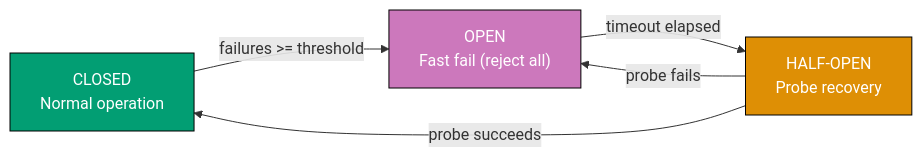
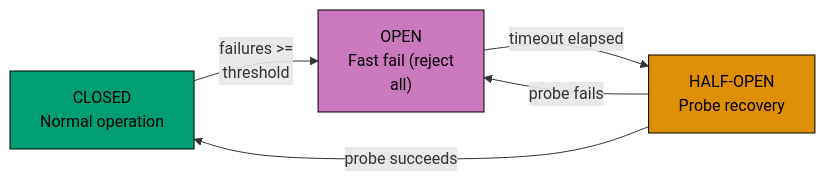
Before and after one commit to wahidyankf/ose-public: the fifth of 6 diagrams in apps/ayokoding-www/content/en/learn/legacy/software-engineering/system-design/by-example/intermediate.md, drawn with Mermaid. The commit also changed other lines of this file and 78 other files, not shown here.

First line of the commit message:
fix(mermaid): bring the remaining legacy software-engineering diagrams onto the accessible palette

````diff
--- a/apps/ayokoding-www/content/en/learn/legacy/software-engineering/system-design/by-example/intermediate.md
+++ b/apps/ayokoding-www/content/en/learn/legacy/software-engineering/system-design/by-example/intermediate.md
@@ -2281,15 +2293,18 @@
 ```mermaid
 graph LR
+    accTitle: Example 38: Circuit Breaker with Three States
+    accDescr: Graph with 3 nodes and 4 connections. Nodes: CLOSED Normal operation, OPEN Fast fail 40reject all41, HALF-OPEN Probe recovery. Connections: CLOSED Normal operation to OPEN Fast fail 40reject all41 (failures >= threshold), OPEN Fast fail 40reject all41 to HALF-OPEN Probe recovery (timeout elapsed), HALF-OPEN Probe recovery to CLOSED Normal operation (probe succeeds), HALF-OPEN Probe recovery to OPEN Fast fail 40reject all41 (probe fails).
     Closed["CLOSED<br/>Normal operation"]:::teal
-    Open["OPEN<br/>Fast fail #40;reject all#41;"]:::purple
+    Open["OPEN<br/>Fast fail #40;reject<br/>all#41;"]:::purple
     HalfOpen["HALF-OPEN<br/>Probe recovery"]:::orange
 
-    Closed -->|"failures >= threshold"| Open
+    Closed -->|"failures >=<br/>threshold"| Open
     Open -->|"timeout elapsed"| HalfOpen
     HalfOpen -->|"probe succeeds"| Closed
     HalfOpen -->|"probe fails"| Open
 
-    classDef teal fill:#029E73,stroke:#000,color:#fff
-    classDef purple fill:#CC78BC,stroke:#000,color:#fff
-    classDef orange fill:#DE8F05,stroke:#000,color:#fff
+    classDef teal fill:#029E73,stroke:#000000,color:#000000
+    classDef purple fill:#CC78BC,stroke:#000000,color:#000000
+    classDef orange fill:#DE8F05,stroke:#000000,color:#000000
+    classDef default fill:#0173B2,stroke:#000000,color:#FFFFFF
 ```
````
